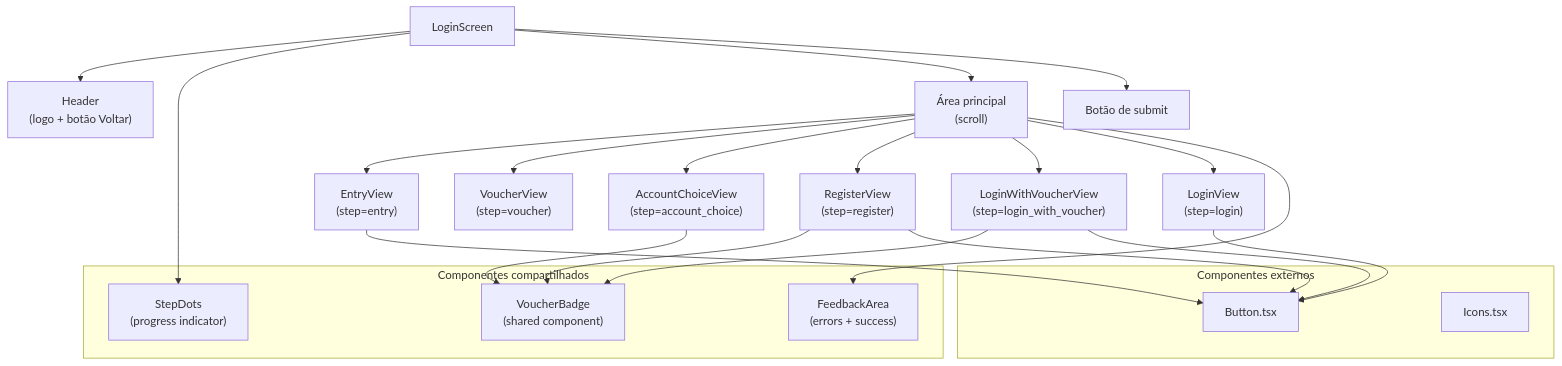
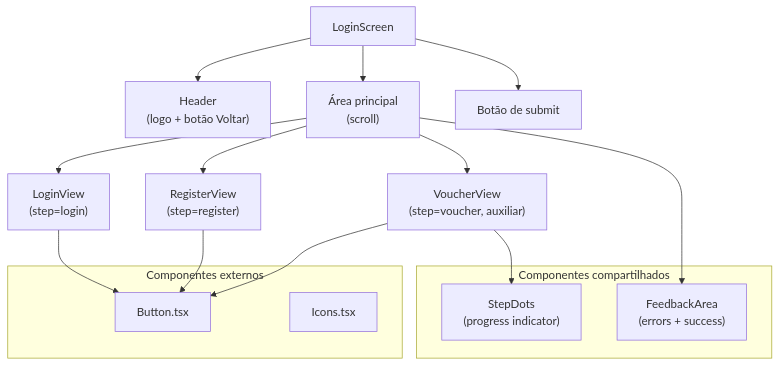
Before and after one commit to fabioaap/mundo-de-kaboo-1: diagram 12 of 15 in docs/JORNADAS.md, drawn with Mermaid. The commit also changed other lines of this file and 107 other files, not shown here.

````diff
--- a/docs/JORNADAS.md
+++ b/docs/JORNADAS.md
@@ -246,38 +550,30 @@
 ```mermaid
 graph TD
     LS["LoginScreen"]
 
     LS --> Header["Header\n(logo + botão Voltar)"]
-    LS --> StepDots["StepDots\n(progress indicator)"]
     LS --> Body["Área principal\n(scroll)"]
     LS --> Footer["Botão de submit"]
 
-    Body --> EntryView["EntryView\n(step=entry)"]
-    Body --> VoucherView["VoucherView\n(step=voucher)"]
-    Body --> AccountChoiceView["AccountChoiceView\n(step=account_choice)"]
+    Body --> VoucherView["VoucherView\n(step=voucher, auxiliar)"]
     Body --> RegisterView["RegisterView\n(step=register)"]
-    Body --> LoginWithVoucherView["LoginWithVoucherView\n(step=login_with_voucher)"]
     Body --> LoginView["LoginView\n(step=login)"]
 
-    AccountChoiceView --> VoucherBadge["VoucherBadge\n(shared component)"]
-    RegisterView --> VoucherBadge
-    LoginWithVoucherView --> VoucherBadge
+    VoucherView --> StepDots["StepDots\n(progress indicator)"]
 
     Body --> FeedbackArea["FeedbackArea\n(errors + success)"]
 
     subgraph Shared["Componentes compartilhados"]
-        VoucherBadge
         FeedbackArea
         StepDots
     end
 
     subgraph External["Componentes externos"]
         Button["Button.tsx"]
         Icons["Icons.tsx"]
     end
 
+    VoucherView --> Button
     RegisterView --> Button
-    LoginWithVoucherView --> Button
     LoginView --> Button
-    EntryView --> Button
 ```
````
